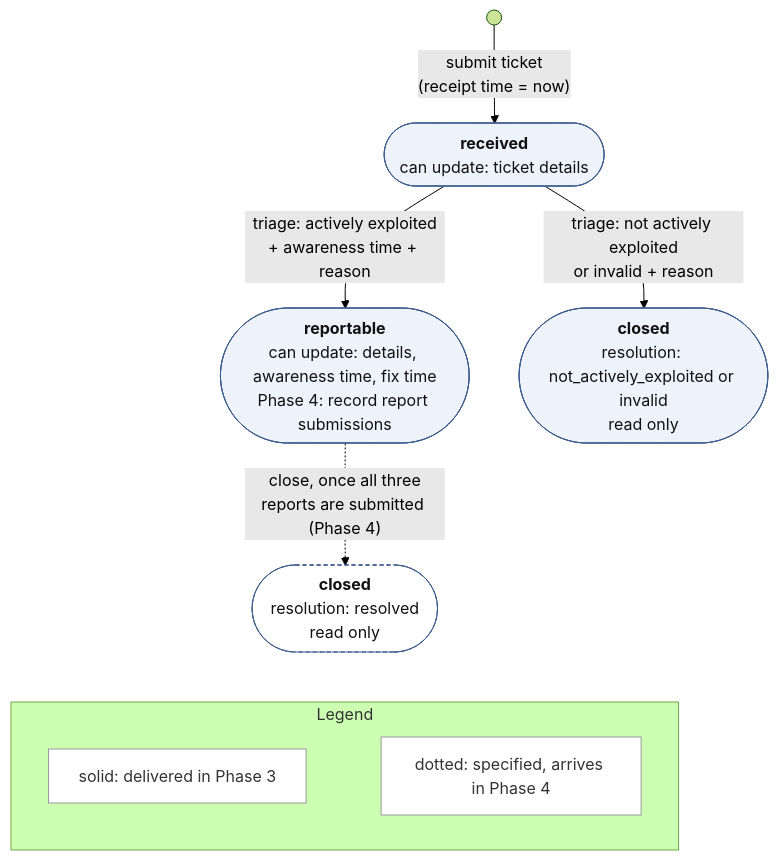
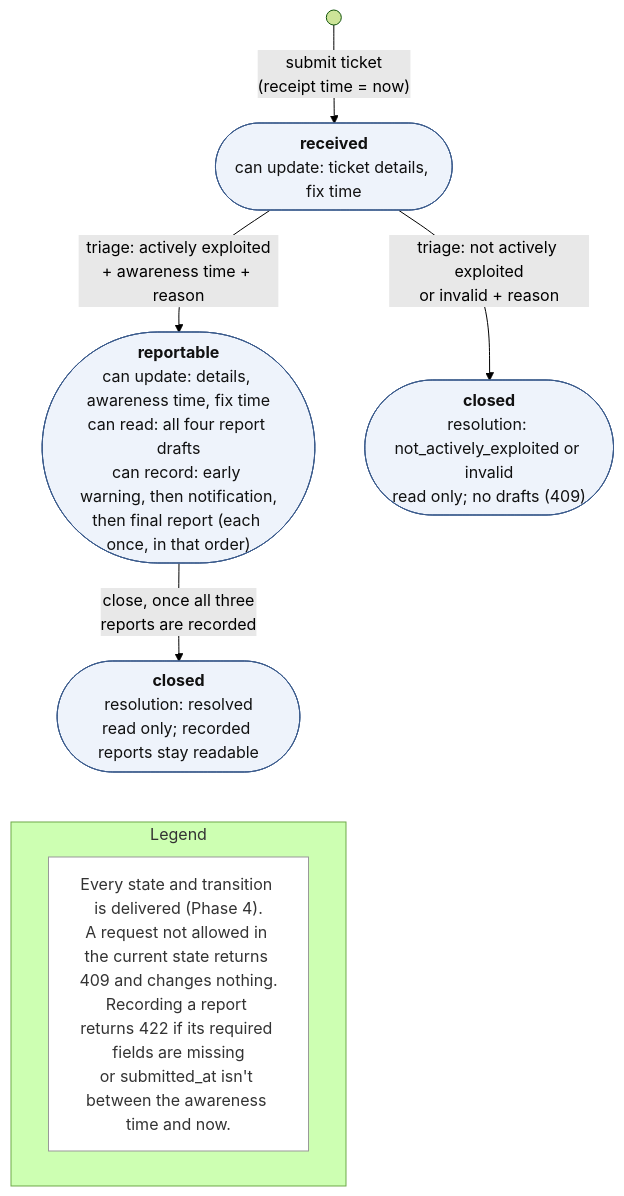
Before and after one commit to team17-ece30861/cra-service: the diagram in docs/models/model-a-ticket-lifecycle.mmd, drawn with Mermaid (forest theme). The commit also changed 6 other files, not shown here.

First line of the commit message:
Models as delivered in Phase 4 (A, B, architecture) (#92)

```diff
--- a/docs/models/model-a-ticket-lifecycle.mmd
+++ b/docs/models/model-a-ticket-lifecycle.mmd
@@ -1,19 +1,17 @@
 flowchart TB
   start((" ")) -->|"submit ticket<br/>(receipt time = now)"| received
-  received(["<b>received</b><br/>can update: ticket details"])
+  received(["<b>received</b><br/>can update: ticket details, fix time"])
   received -->|"triage: actively exploited<br/>+ awareness time + reason"| reportable
   received -->|"triage: not actively exploited<br/>or invalid + reason"| closedNA
-  reportable(["<b>reportable</b><br/>can update: details, awareness time, fix time<br/>Phase 4: record report submissions"])
-  closedNA(["<b>closed</b><br/>resolution: not_actively_exploited or invalid<br/>read only"])
-  reportable -.->|"close, once all three<br/>reports are submitted (Phase 4)"| closedR(["<b>closed</b><br/>resolution: resolved<br/>read only"])
+  reportable(["<b>reportable</b><br/>can update: details, awareness time, fix time<br/>can read: all four report drafts<br/>can record: early warning, then notification,<br/>then final report (each once, in that order)"])
+  closedNA(["<b>closed</b><br/>resolution: not_actively_exploited or invalid<br/>read only; no drafts (409)"])
+  reportable -->|"close, once all three<br/>reports are recorded"| closedR(["<b>closed</b><br/>resolution: resolved<br/>read only; recorded reports stay readable"])
   subgraph legend["Legend"]
     direction LR
-    l1["solid: delivered in Phase 3"] ~~~ l2["dotted: specified, arrives in Phase 4"]
+    l1["Every state and transition is delivered (Phase 4).<br/>A request not allowed in the current state returns 409 and changes nothing.<br/>Recording a report returns 422 if its required fields are missing<br/>or submitted_at isn't between the awareness time and now."]
   end
   closedR ~~~ legend
   classDef state fill:#eef3fb,stroke:#3b5b8c,color:#111
-  classDef planned fill:#ffffff,stroke:#3b5b8c,stroke-dasharray:4 3,color:#111
   classDef note fill:#ffffff,stroke:#999,color:#333
-  class received,reportable,closedNA state
-  class closedR planned
-  class l1,l2 note
+  class received,reportable,closedNA,closedR state
+  class l1 note
```
